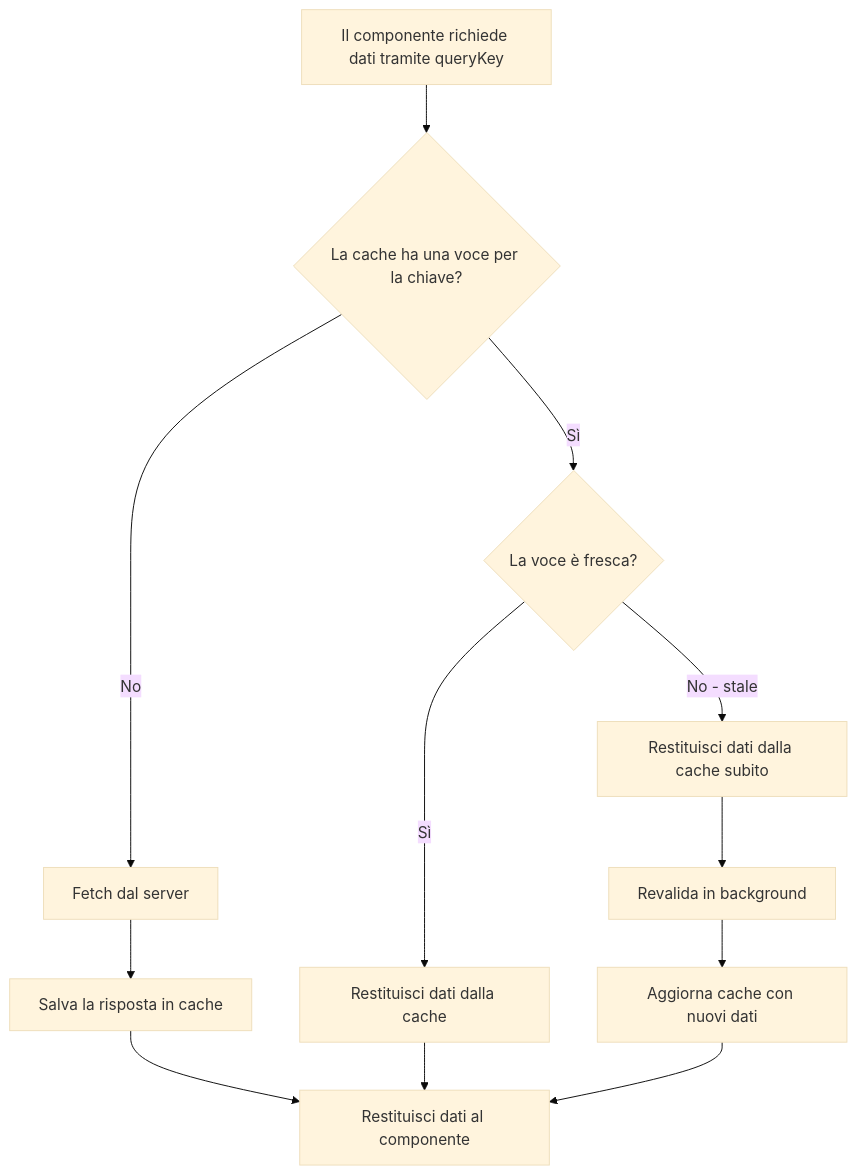
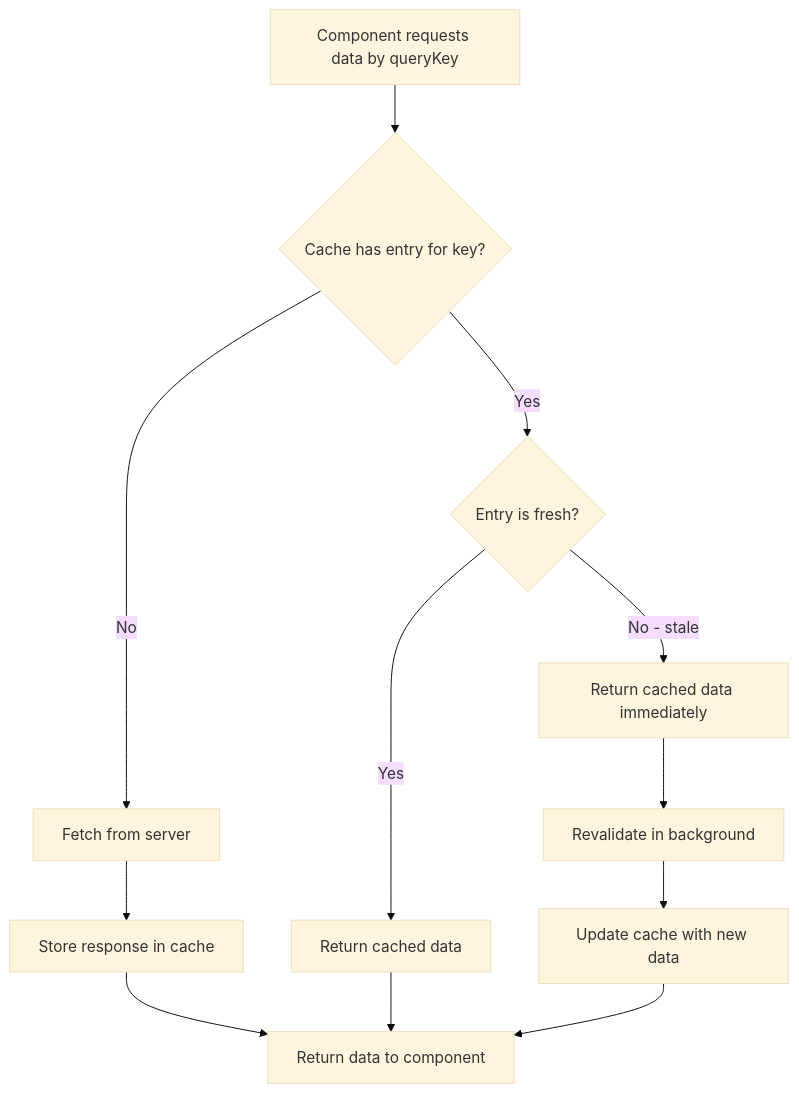
The fourth of 6 diagrams in arguments/chapters/it/07-data-fetching.md (BabaScience/react-guides), drawn with Mermaid (base theme) before and after one commit. The commit also changed other lines of this file and 29 other files, not shown here.

First line of the commit message:
Bring React FR/IT translations to full English parity + theme-safe diagrams

````diff
--- a/arguments/chapters/it/07-data-fetching.md
+++ b/arguments/chapters/it/07-data-fetching.md
@@ -274,14 +1450,14 @@
 ```mermaid
 flowchart TD
-    A["Il componente richiede dati tramite queryKey"] --> B{"La cache ha una voce per la chiave?"}
-    B -->|No| C["Fetch dal server"]
-    B -->|Sì| D{"La voce è fresca?"}
-    D -->|Sì| E["Restituisci dati dalla cache"]
-    D -->|No - stale| F["Restituisci dati dalla cache subito"]
-    F --> G["Revalida in background"]
-    G --> H["Aggiorna cache con nuovi dati"]
-    C --> I["Salva la risposta in cache"]
-    I --> J["Restituisci dati al componente"]
+    A["Component requests data by queryKey"] --> B{"Cache has entry for key?"}
+    B -->|No| C["Fetch from server"]
+    B -->|Yes| D{"Entry is fresh?"}
+    D -->|Yes| E["Return cached data"]
+    D -->|No - stale| F["Return cached data immediately"]
+    F --> G["Revalidate in background"]
+    G --> H["Update cache with new data"]
+    C --> I["Store response in cache"]
+    I --> J["Return data to component"]
     E --> J
     H --> J
 ```
````
